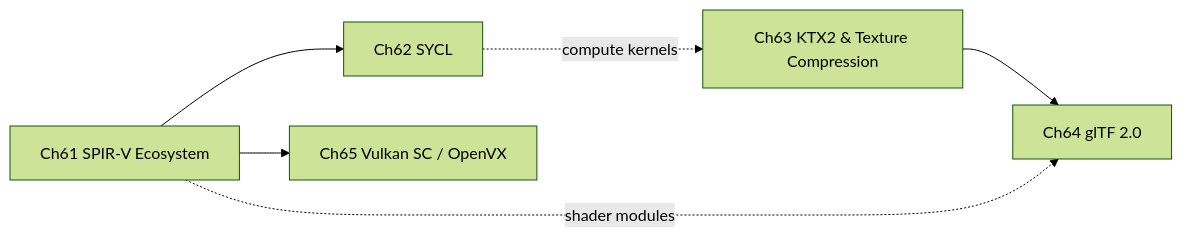
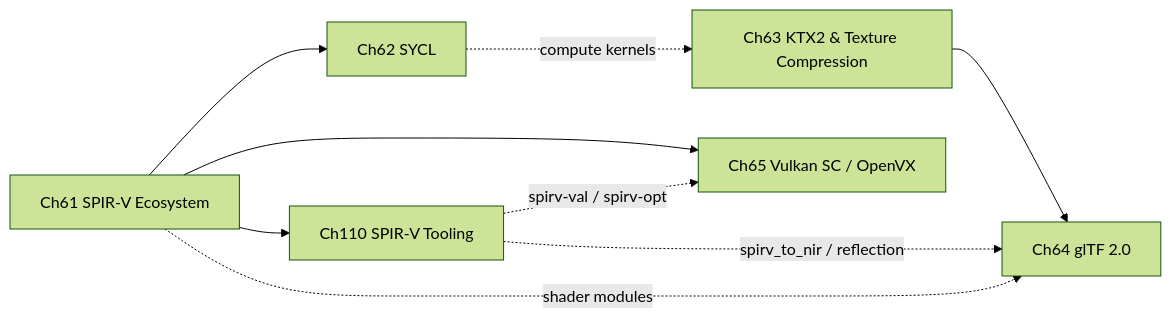
The diagram in chapters/part-14-khronos-ecosystem/part-intro.md (jreuben11/linux-graphics-stack-book), drawn with Mermaid (forest theme) before and after one commit. The commit also changed other lines of this file and 12 other files, not shown here.

````diff
--- a/chapters/part-14-khronos-ecosystem/part-intro.md
+++ b/chapters/part-14-khronos-ecosystem/part-intro.md
@@ -19,8 +21,11 @@
 ```mermaid
 graph LR
     CH61[Ch61 SPIR-V Ecosystem] --> CH62[Ch62 SYCL]
     CH61 --> CH65[Ch65 Vulkan SC / OpenVX]
+    CH61 --> CH110[Ch110 SPIR-V Tooling]
     CH63[Ch63 KTX2 & Texture Compression] --> CH64[Ch64 glTF 2.0]
     CH61 -.->|shader modules| CH64
     CH62 -.->|compute kernels| CH63
+    CH110 -.->|spirv-val / spirv-opt| CH65
+    CH110 -.->|spirv_to_nir / reflection| CH64
 ```
````
